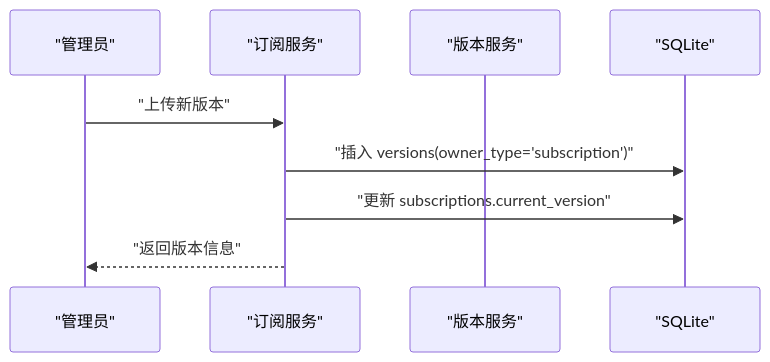
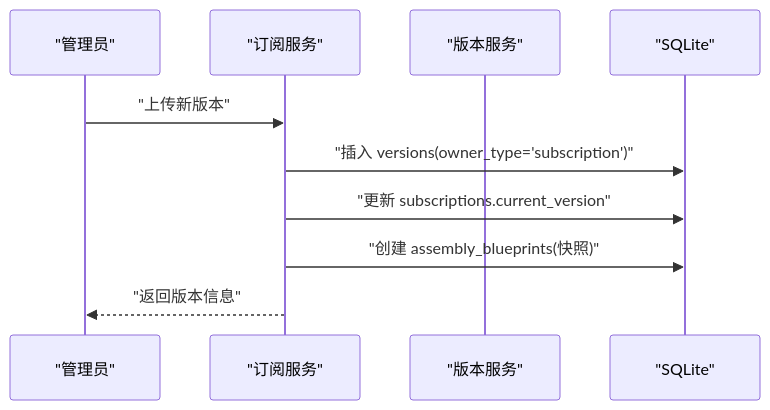
The fifth of 10 diagrams in .qoder/repowiki/zh/content/数据库设计.md (AlcaProphet/VPN-Subscription-Management), drawn with Mermaid before and after one commit. The commit also changed other lines of this file and 109 other files, not shown here.

````diff
--- a/.qoder/repowiki/zh/content/数据库设计.md
+++ b/.qoder/repowiki/zh/content/数据库设计.md
@@ -306,11 +384,12 @@
 ```mermaid
 sequenceDiagram
 participant Admin as "管理员"
 participant Sub as "订阅服务"
 participant Ver as "版本服务"
 participant DB as "SQLite"
 Admin->>Sub : "上传新版本"
 Sub->>DB : "插入 versions(owner_type='subscription')"
 Sub->>DB : "更新 subscriptions.current_version"
+Sub->>DB : "创建 assembly_blueprints(快照)"
 Sub-->>Admin : "返回版本信息"
 ```
````
